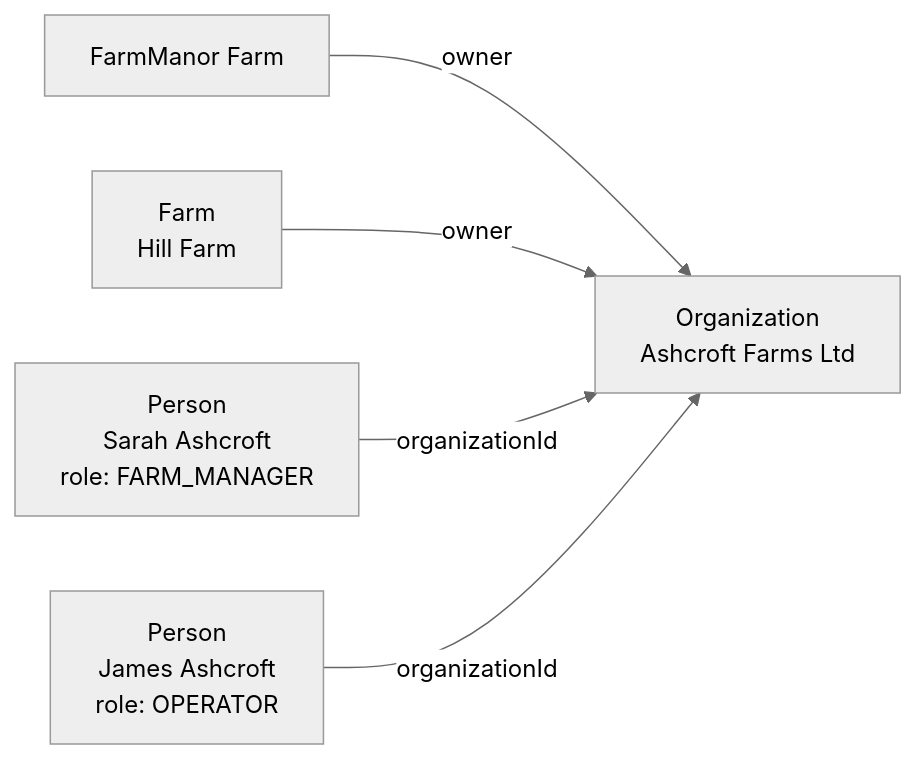
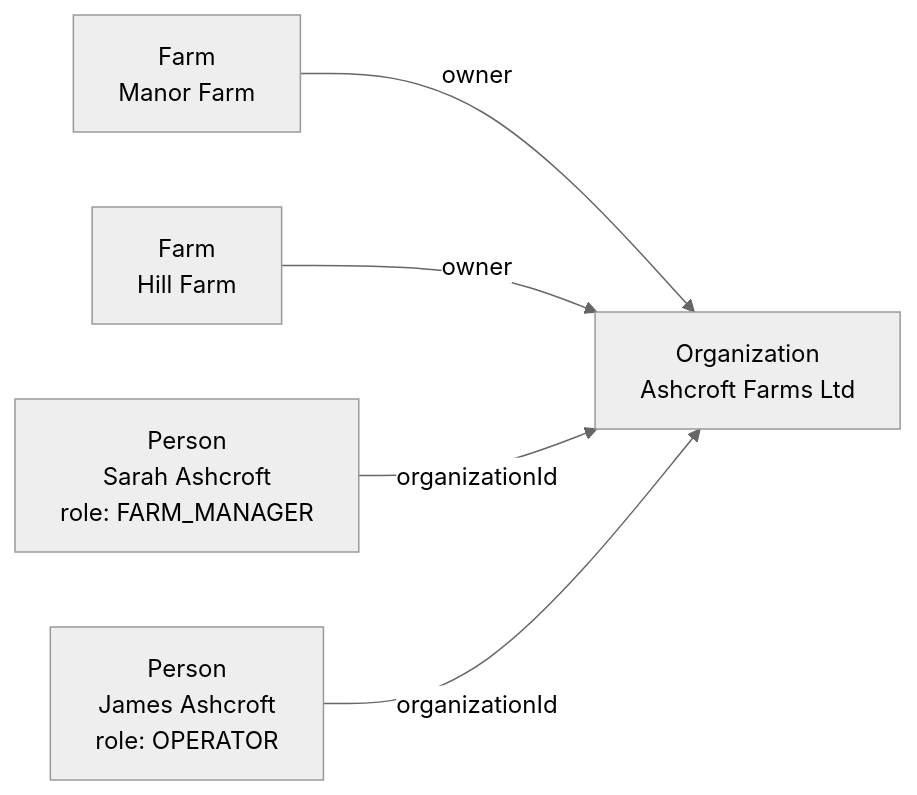
One commit to DKE-Data/masterdata-sync-working-group changed the third of 5 diagrams in architecture/08-party-model.md. Above: the diagram before and after it, drawn with Mermaid (neutral theme). The commit also changed other lines of this file and 2 other files, not shown here.

Commit message:
Replace line endings in diagrams

````diff
--- a/architecture/08-party-model.md
+++ b/architecture/08-party-model.md
@@ -107,12 +104,7 @@
 ```mermaid
 flowchart LR
-    F1["FarmManor Farm"] -->|"owner"| O["Organization\nAshcroft Farms Ltd"]
-    F2["Farm
-Hill Farm"] -->|"owner"| O
-    P1["Person
-Sarah Ashcroft
-role: FARM_MANAGER"] -->|"organizationId"| O
-    P2["Person
-James Ashcroft
-role: OPERATOR"] -->|"organizationId"| O
+    F1["Farm \n Manor Farm"] -->|"owner"| O["Organization \n Ashcroft Farms Ltd"]
+    F2["Farm \n Hill Farm"] -->|"owner"| O
+    P1["Person \n Sarah Ashcroft \n role: FARM_MANAGER"] -->|"organizationId"| O
+    P2["Person \n James Ashcroft \n role: OPERATOR"] -->|"organizationId"| O
 ```
````
